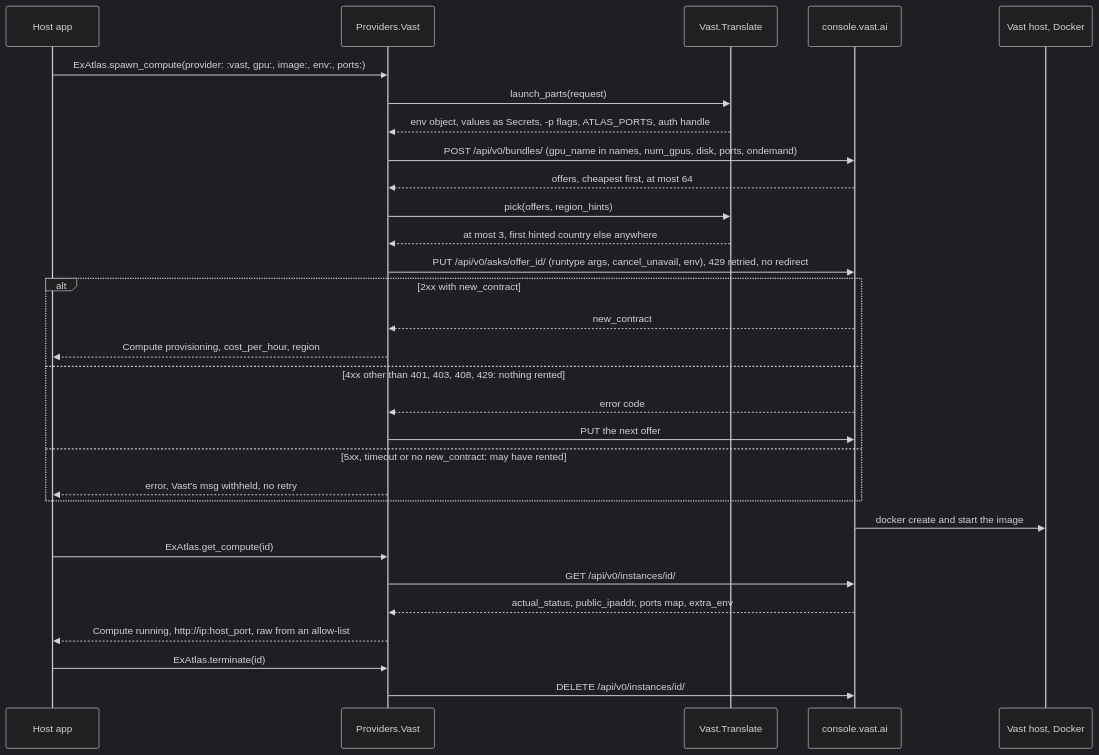
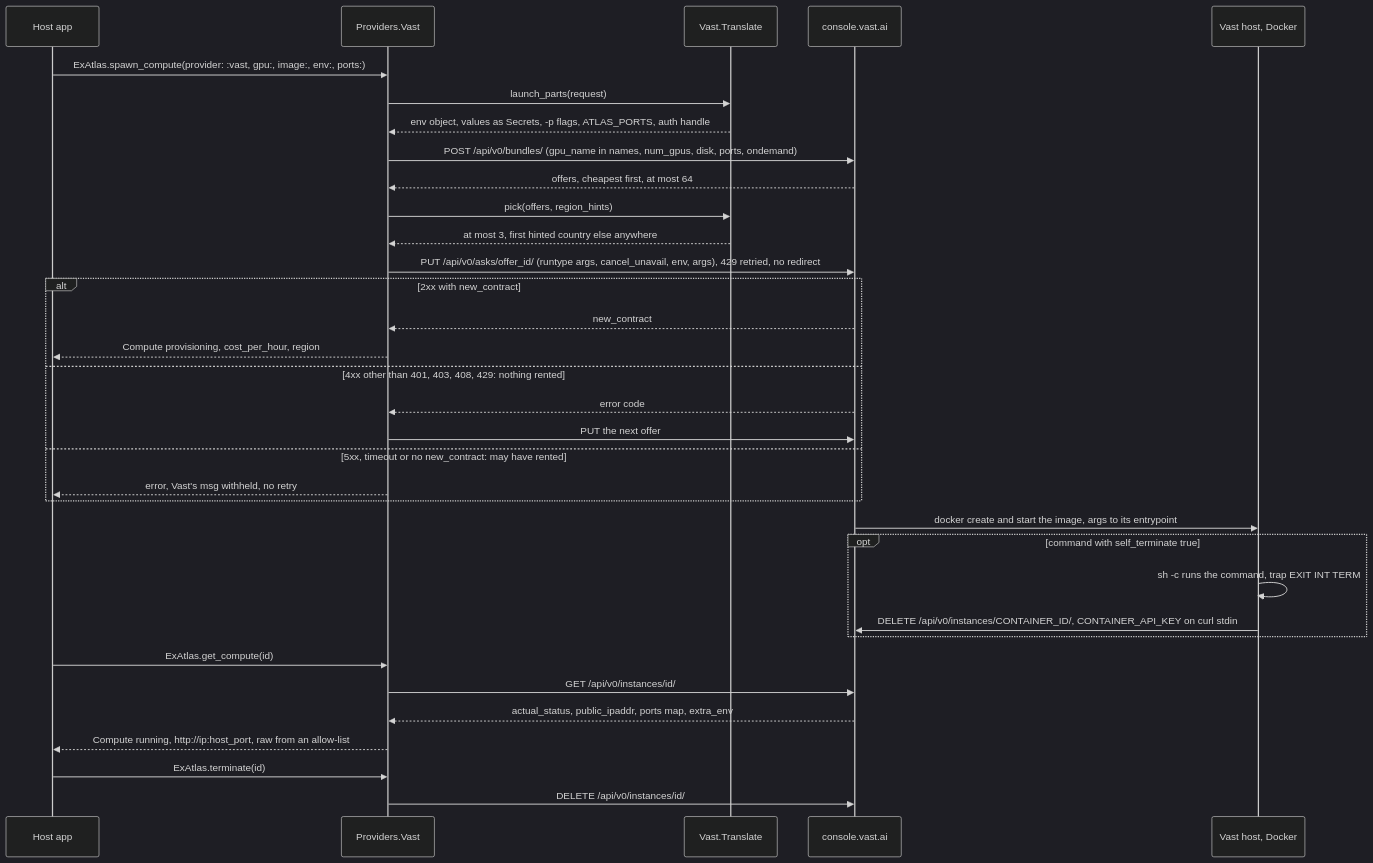
The fifth of 7 diagrams in docs/architecture.md (udin-io/ex_atlas), drawn with Mermaid (dark theme) before and after one commit. The commit also changed other lines of this file and 18 other files, not shown here.

First line of the commit message:
Vast.ai: command:, self-termination, run_task/1 and the Reaper (slice 2) (#108)

````diff
--- a/docs/architecture.md
+++ b/docs/architecture.md
@@ -233,32 +234,36 @@
 ```mermaid
 sequenceDiagram
   participant Host as Host app
   participant V as Providers.Vast
   participant T as Vast.Translate
   participant API as console.vast.ai
   participant VH as Vast host, Docker
   Host->>V: ExAtlas.spawn_compute(provider: :vast, gpu:, image:, env:, ports:)
   V->>T: launch_parts(request)
   T-->>V: env object, values as Secrets, -p flags, ATLAS_PORTS, auth handle
   V->>API: POST /api/v0/bundles/ (gpu_name in names, num_gpus, disk, ports, ondemand)
   API-->>V: offers, cheapest first, at most 64
   V->>T: pick(offers, region_hints)
   T-->>V: at most 3, first hinted country else anywhere
-  V->>API: PUT /api/v0/asks/offer_id/ (runtype args, cancel_unavail, env), 429 retried, no redirect
+  V->>API: PUT /api/v0/asks/offer_id/ (runtype args, cancel_unavail, env, args), 429 retried, no redirect
   alt 2xx with new_contract
     API-->>V: new_contract
     V-->>Host: Compute provisioning, cost_per_hour, region
   else 4xx other than 401, 403, 408, 429: nothing rented
     API-->>V: error code
     V->>API: PUT the next offer
   else 5xx, timeout or no new_contract: may have rented
     V-->>Host: error, Vast's msg withheld, no retry
   end
-  API->>VH: docker create and start the image
+  API->>VH: docker create and start the image, args to its entrypoint
+  opt command with self_terminate true
+    VH->>VH: sh -c runs the command, trap EXIT INT TERM
+    VH->>API: DELETE /api/v0/instances/CONTAINER_ID/, CONTAINER_API_KEY on curl stdin
+  end
   Host->>V: ExAtlas.get_compute(id)
   V->>API: GET /api/v0/instances/id/
   API-->>V: actual_status, public_ipaddr, ports map, extra_env
   V-->>Host: Compute running, http://ip:host_port, raw from an allow-list
   Host->>V: ExAtlas.terminate(id)
   V->>API: DELETE /api/v0/instances/id/
 ```
````
